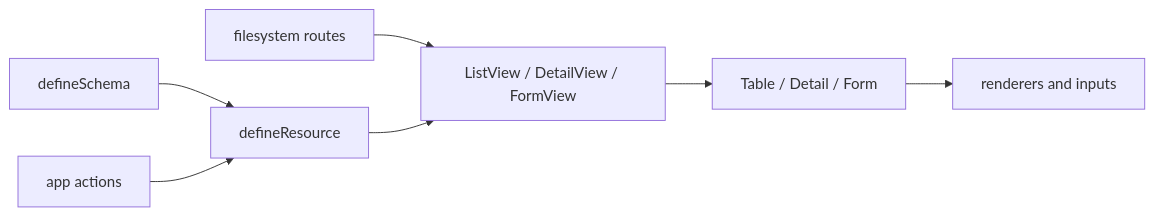
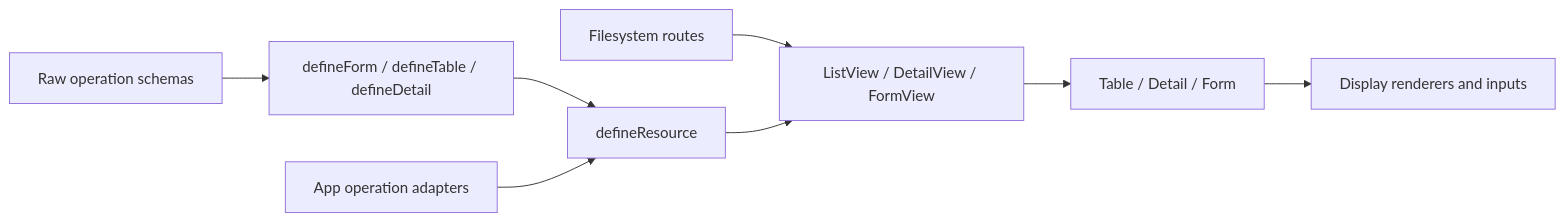
One commit to southneuhof/carta changed the diagram in docs/architecture/web-application-architecture.md. Above: the diagram before and after it, drawn with Mermaid. The commit also changed other lines of this file and 296 other files, not shown here.

````diff
--- a/docs/architecture/web-application-architecture.md
+++ b/docs/architecture/web-application-architecture.md
@@ -43,9 +16,10 @@
 ```mermaid
 flowchart LR
-  Routes["filesystem routes"] --> Views["ListView / DetailView / FormView"]
-  Views --> Core["Table / Detail / Form"]
-  Core --> Renderers["renderers and inputs"]
-  Schema["defineSchema"] --> Resource["defineResource"]
-  Actions["app actions"] --> Resource
+  Routes["Filesystem routes"] --> Views["ListView / DetailView / FormView"]
+  Views --> Surfaces["Table / Detail / Form"]
+  Surfaces --> Controls["Display renderers and inputs"]
+  Schemas["Raw operation schemas"] --> Definitions["defineForm / defineTable / defineDetail"]
+  Definitions --> Resource["defineResource"]
+  Actions["App operation adapters"] --> Resource
   Resource --> Views
 ```
````
